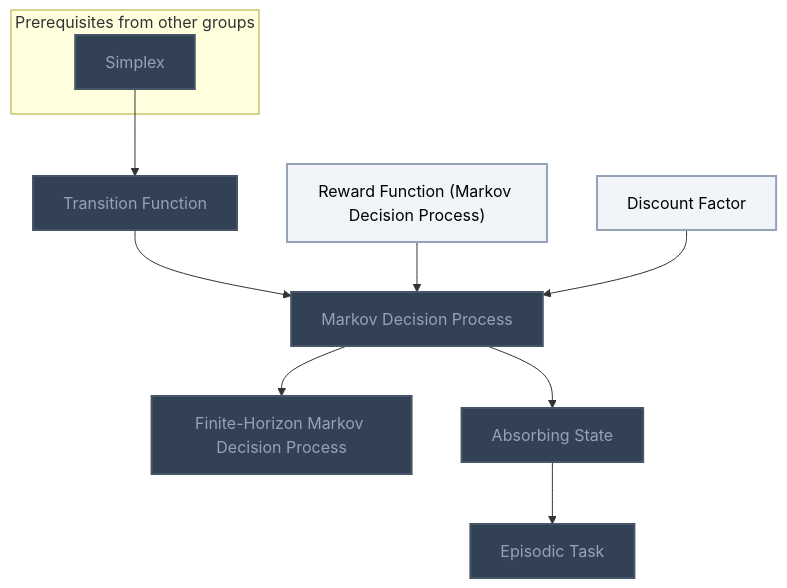
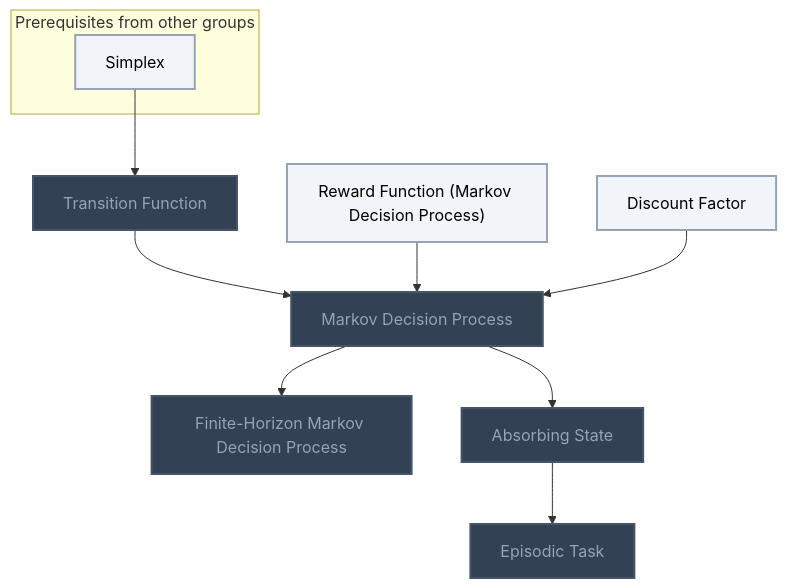
One commit to MRauf1/My-Notes changed the first of 11 diagrams in Gamification/Skill Trees/Reinforcement Learning.md. Above: the diagram before and after it, drawn with Mermaid. The commit also changed other lines of this file and 57 other files, not shown here.

````diff
--- a/Gamification/Skill Trees/Reinforcement Learning.md
+++ b/Gamification/Skill Trees/Reinforcement Learning.md
@@ -17,32 +17,32 @@
 ```mermaid
 flowchart TD
     classDef planned fill:#1E293B,stroke:#64748B,stroke-width:2px,stroke-dasharray:5 5,color:#94A3B8;
     classDef locked fill:#334155,stroke:#475569,stroke-width:2px,color:#94A3B8;
     classDef L0 fill:#F1F5F9,stroke:#94A3B8,stroke-width:2px,color:#000000;
     classDef L1 fill:#22C55E,stroke:#15803D,stroke-width:2px,color:#000000;
     classDef L2 fill:#3B82F6,stroke:#1D4ED8,stroke-width:3px,color:#FFFFFF;
     classDef L3 fill:#A855F7,stroke:#6B21A8,stroke-width:3px,color:#FFFFFF,font-weight:bold;
     classDef L4 fill:#F97316,stroke:#C2410C,stroke-width:4px,color:#000000,font-weight:bold;
     classDef L5 fill:#FFD700,stroke:#FF8C00,stroke-width:5px,color:#000000,font-weight:bold;
     classDef rusty stroke:#8B4513,stroke-width:4px,stroke-dasharray:3 3;
     subgraph sg_prereqs["Prerequisites from other groups"]
         n_simplex["Simplex"]
     end
     n_transition_function["Transition Function"]
     n_reward_function_markov_decision_process["Reward Function (Markov Decision Process)"]
     n_discount_factor["Discount Factor"]
     n_markov_decision_process["Markov Decision Process"]
     n_finite_horizon_markov_decision_process["Finite-Horizon Markov Decision Process"]
     n_absorbing_state["Absorbing State"]
     n_episodic_task["Episodic Task"]
     n_simplex --> n_transition_function
     n_transition_function --> n_markov_decision_process
     n_reward_function_markov_decision_process --> n_markov_decision_process
     n_discount_factor --> n_markov_decision_process
     n_markov_decision_process --> n_finite_horizon_markov_decision_process
     n_markov_decision_process --> n_absorbing_state
     n_absorbing_state --> n_episodic_task
-    class n_simplex,n_transition_function,n_markov_decision_process,n_finite_horizon_markov_decision_process,n_absorbing_state,n_episodic_task locked;
-    class n_reward_function_markov_decision_process,n_discount_factor L0;
+    class n_transition_function,n_markov_decision_process,n_finite_horizon_markov_decision_process,n_absorbing_state,n_episodic_task locked;
+    class n_simplex,n_reward_function_markov_decision_process,n_discount_factor L0;
     class n_simplex,n_transition_function,n_reward_function_markov_decision_process,n_discount_factor,n_markov_decision_process,n_finite_horizon_markov_decision_process,n_absorbing_state,n_episodic_task internal-link;
 ```
````
